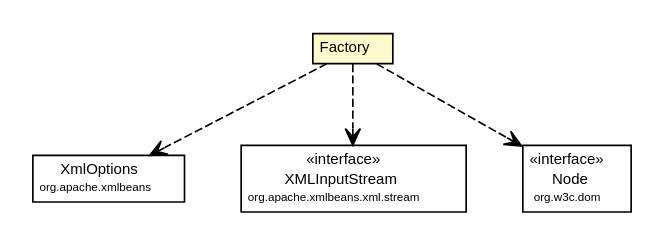
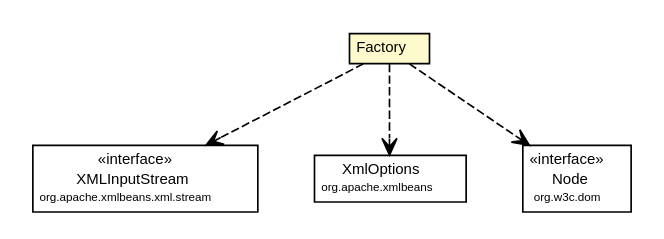
The diagram in site/apidocs/org/synchronoss/cpo/util/cpoUtilConfig/CtProtectedClasses.Factory.dot (synchronoss/cpo-util), drawn with Graphviz before and after one commit. The commit also changed 307 other files, not shown here.

Commit message:
Creating site for cpoUtil, 5.1.1-SNAPSHOT

```diff
--- a/site/apidocs/org/synchronoss/cpo/util/cpoUtilConfig/CtProtectedClasses.Factory.dot
+++ b/site/apidocs/org/synchronoss/cpo/util/cpoUtilConfig/CtProtectedClasses.Factory.dot
@@ -1,45 +1,45 @@
 #!/usr/local/bin/dot
 #
 # Class diagram 
 # Generated by UmlGraph version 4.6 (http://www.spinellis.gr/sw/umlgraph)
 #
 
 digraph G {
 	edge [fontname="Helvetica",fontsize=10,labelfontname="Helvetica",labelfontsize=10];
 	node [fontname="Helvetica",fontsize=10,shape=plaintext];
 	// org.synchronoss.cpo.util.cpoUtilConfig.CtProtectedClasses.Factory
 	c5294 [label=<<table border="0" cellborder="1" cellspacing="0" cellpadding="2" port="p" bgcolor="lemonChiffon" href="./CtProtectedClasses.Factory.html">
 		<tr><td><table border="0" cellspacing="0" cellpadding="1">
 			<tr><td> Factory </td></tr>
 		</table></td></tr>
 		</table>>, fontname="Helvetica", fontcolor="black", fontsize=9.0];
+	// org.synchronoss.cpo.util.cpoUtilConfig.CtProtectedClasses.Factory DEPEND org.apache.xmlbeans.xml.stream.XMLInputStream
+	c5294:p -> c5303:p [taillabel="", label="", headlabel="", fontname="Helvetica", fontcolor="black", fontsize=10.0, color="black", arrowhead=open, style=dashed];
 	// org.synchronoss.cpo.util.cpoUtilConfig.CtProtectedClasses.Factory DEPEND org.apache.xmlbeans.XmlOptions
-	c5294:p -> c5303:p [taillabel="", label="", headlabel="", fontname="Helvetica", fontcolor="black", fontsize=10.0, color="black", arrowhead=open, style=dashed];
-	// org.synchronoss.cpo.util.cpoUtilConfig.CtProtectedClasses.Factory DEPEND org.apache.xmlbeans.xml.stream.XMLInputStream
 	c5294:p -> c5304:p [taillabel="", label="", headlabel="", fontname="Helvetica", fontcolor="black", fontsize=10.0, color="black", arrowhead=open, style=dashed];
 	// org.synchronoss.cpo.util.cpoUtilConfig.CtProtectedClasses.Factory DEPEND org.w3c.dom.Node
 	c5294:p -> c5305:p [taillabel="", label="", headlabel="", fontname="Helvetica", fontcolor="black", fontsize=10.0, color="black", arrowhead=open, style=dashed];
 	// org.apache.xmlbeans.xml.stream.XMLInputStream
-	c5304 [label=<<table border="0" cellborder="1" cellspacing="0" cellpadding="2" port="p" href="http://java.sun.com/j2se/1.4.2/docs/api/org/apache/xmlbeans/xml/stream/XMLInputStream.html">
+	c5303 [label=<<table border="0" cellborder="1" cellspacing="0" cellpadding="2" port="p" href="http://java.sun.com/j2se/1.4.2/docs/api/org/apache/xmlbeans/xml/stream/XMLInputStream.html">
 		<tr><td><table border="0" cellspacing="0" cellpadding="1">
 			<tr><td> &laquo;interface&raquo; </td></tr>
 			<tr><td> XMLInputStream </td></tr>
 			<tr><td><font point-size="7.0"> org.apache.xmlbeans.xml.stream </font></td></tr>
 		</table></td></tr>
 		</table>>, fontname="Helvetica", fontcolor="black", fontsize=9.0];
 	// org.w3c.dom.Node
 	c5305 [label=<<table border="0" cellborder="1" cellspacing="0" cellpadding="2" port="p" href="http://java.sun.com/j2se/1.4.2/docs/api/org/w3c/dom/Node.html">
 		<tr><td><table border="0" cellspacing="0" cellpadding="1">
 			<tr><td> &laquo;interface&raquo; </td></tr>
 			<tr><td> Node </td></tr>
 			<tr><td><font point-size="7.0"> org.w3c.dom </font></td></tr>
 		</table></td></tr>
 		</table>>, fontname="Helvetica", fontcolor="black", fontsize=9.0];
 	// org.apache.xmlbeans.XmlOptions
-	c5303 [label=<<table border="0" cellborder="1" cellspacing="0" cellpadding="2" port="p" href="http://java.sun.com/j2se/1.4.2/docs/api/org/apache/xmlbeans/XmlOptions.html">
+	c5304 [label=<<table border="0" cellborder="1" cellspacing="0" cellpadding="2" port="p" href="http://java.sun.com/j2se/1.4.2/docs/api/org/apache/xmlbeans/XmlOptions.html">
 		<tr><td><table border="0" cellspacing="0" cellpadding="1">
 			<tr><td> XmlOptions </td></tr>
 			<tr><td><font point-size="7.0"> org.apache.xmlbeans </font></td></tr>
 		</table></td></tr>
 		</table>>, fontname="Helvetica", fontcolor="black", fontsize=9.0];
 }
```
